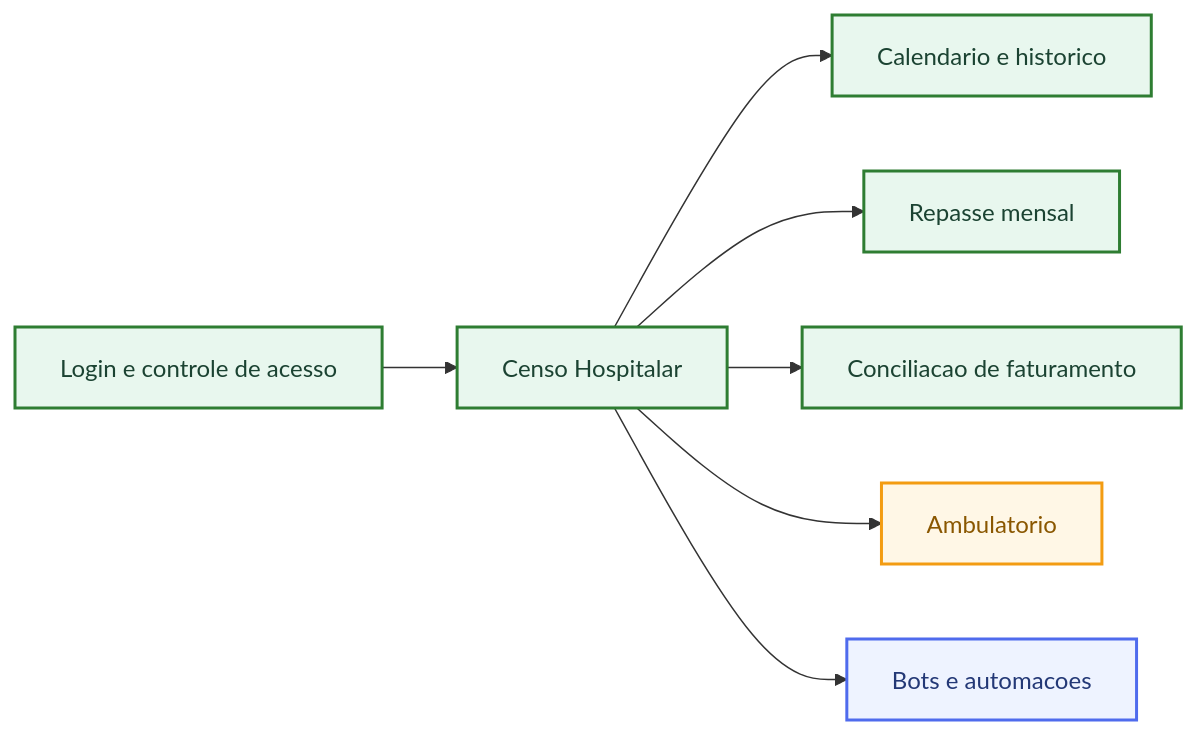
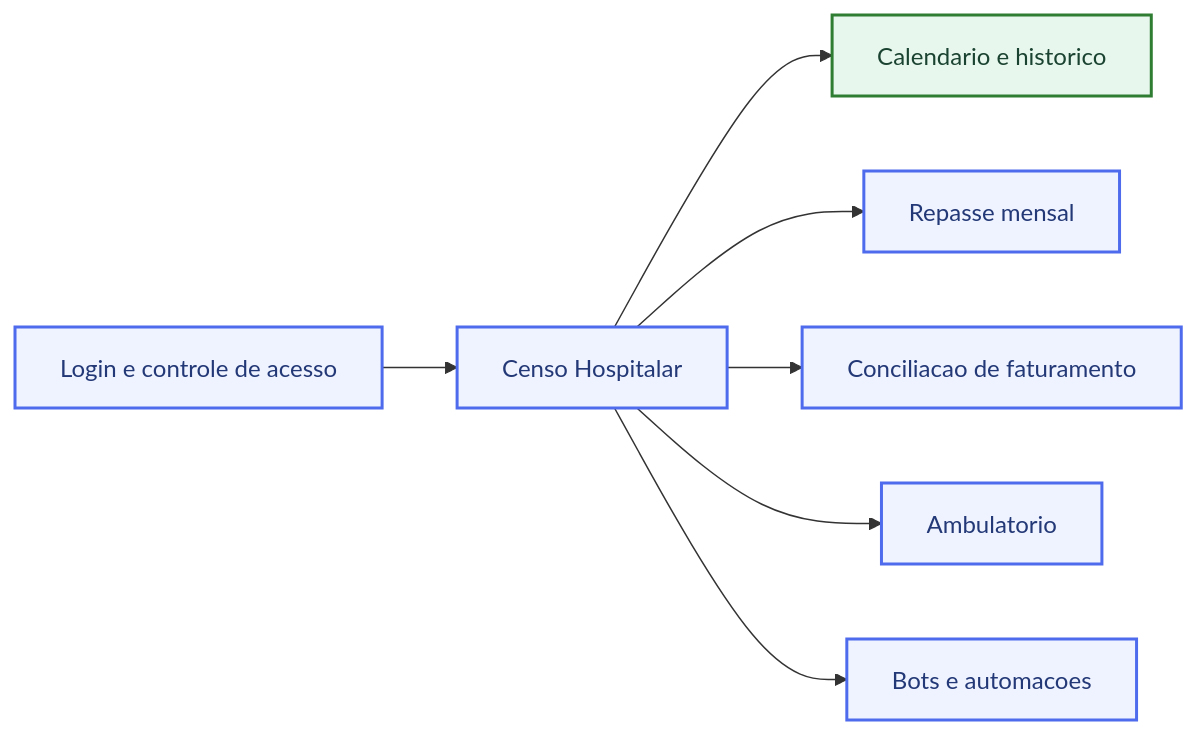
The first of 4 diagrams in docs/fluxograma-funcionamento-apphosp.md (igorgcampana/app-hosp), drawn with Mermaid before and after one commit. The commit also changed other lines of this file and 1 other file, not shown here.

````diff
--- a/docs/fluxograma-funcionamento-apphosp.md
+++ b/docs/fluxograma-funcionamento-apphosp.md
@@ -24,17 +23,15 @@
 ```mermaid
 flowchart LR
     classDef atual fill:#e8f7ee,stroke:#2e7d32,color:#1b4332,stroke-width:2px;
-    classDef parcial fill:#fff7e6,stroke:#f39c12,color:#8a5700,stroke-width:2px;
     classDef planejado fill:#eef3ff,stroke:#4f6bed,color:#233876,stroke-width:2px;
 
     A[Login e controle de acesso] --> B[Censo Hospitalar]
     B --> C[Calendario e historico]
     B --> D[Repasse mensal]
     B --> E[Conciliacao de faturamento]
     B --> F[Ambulatorio]
     B --> G[Bots e automacoes]
 
-    class A,B,C,D,E atual;
-    class F parcial;
-    class G planejado;
+    class C atual;
+    class A,B,D,E,F,G planejado;
 ```
````
